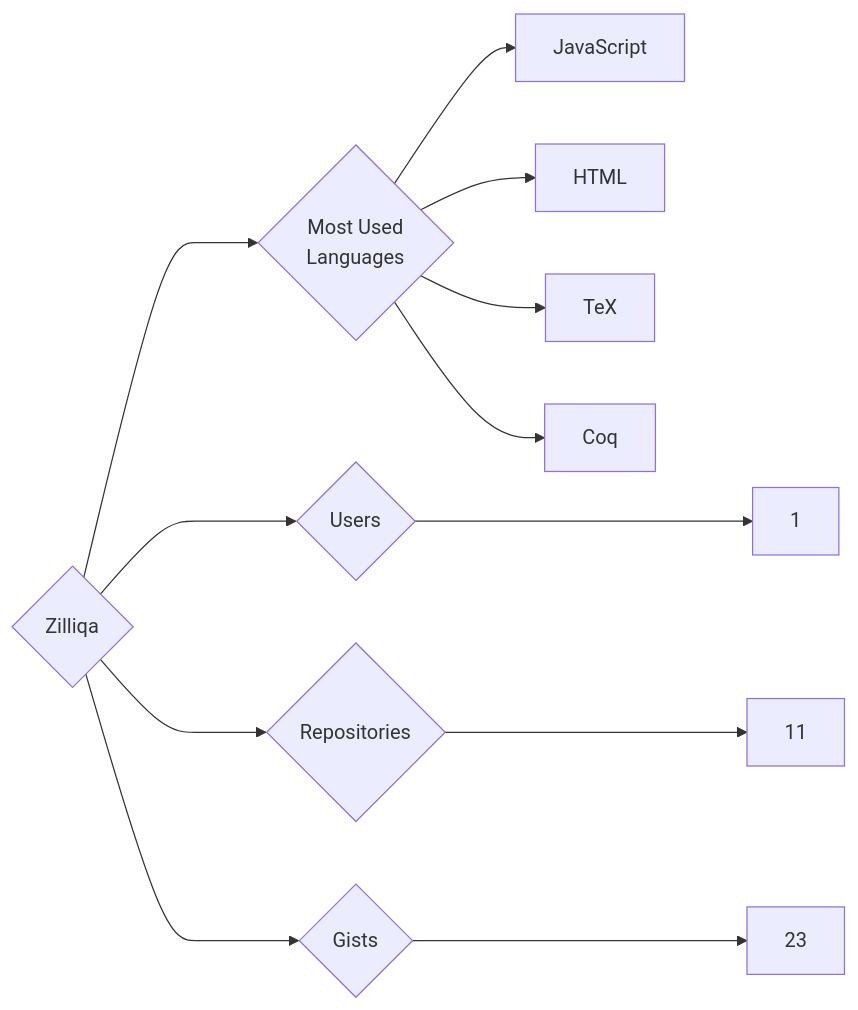
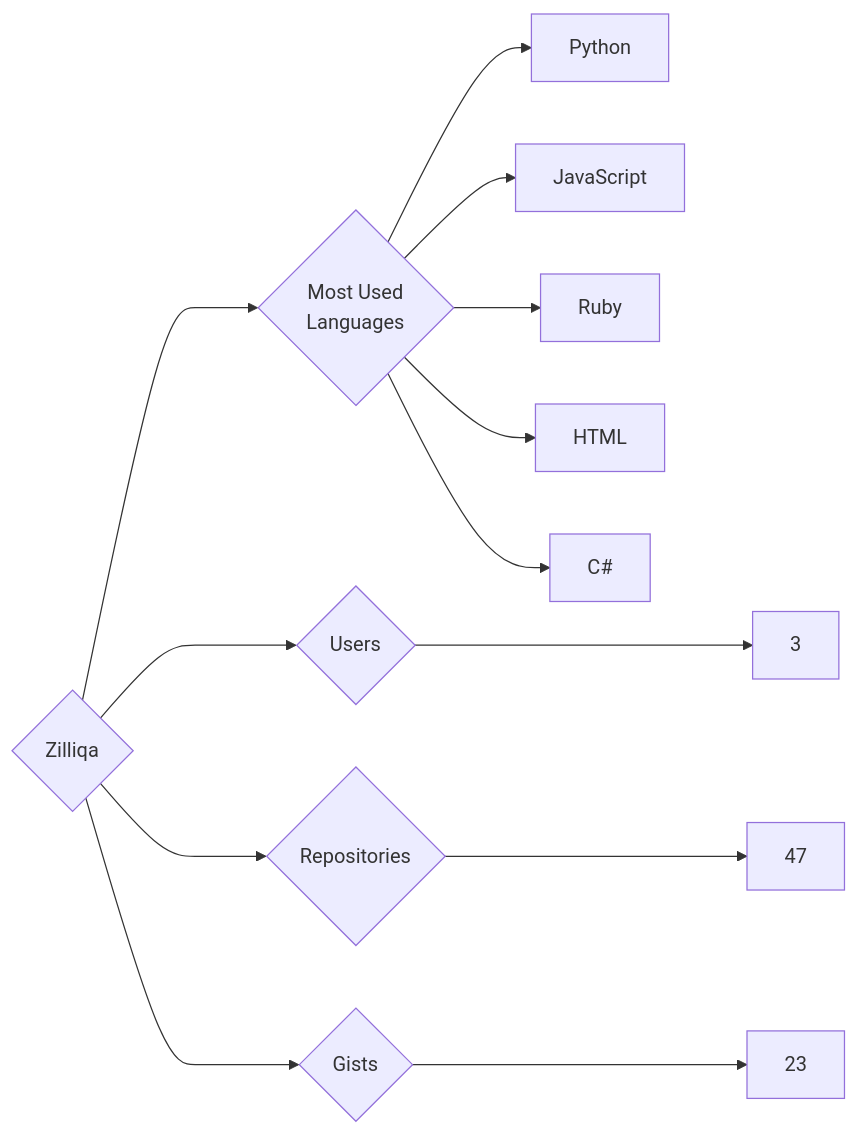
The diagram in targets/Zilliqa/README.md (trickest/insiders), drawn with Mermaid before and after one commit. The commit also changed 725 other files, not shown here.

````diff
--- a/targets/Zilliqa/README.md
+++ b/targets/Zilliqa/README.md
@@ -3,12 +3,13 @@
 ```mermaid
 graph LR
 COMPANY_NAME{Zilliqa}
-COMPANY_NAME ---> U{Users} ---> UN[1]
-COMPANY_NAME ---> R{Repositories} ---> RN[11]
+COMPANY_NAME ---> U{Users} ---> UN[3]
+COMPANY_NAME ---> R{Repositories} ---> RN[47]
 COMPANY_NAME ---> G{Gists} ---> GN[23]
 COMPANY_NAME ---> ML{Most Used<br>Languages}
+ML --> Python[Python]
 ML --> JavaScript[JavaScript]
+ML --> Ruby[Ruby]
 ML --> HTML[HTML]
-ML --> TeX[TeX]
-ML --> Coq[Coq]
+ML --> C#[C#]
 ```
````
